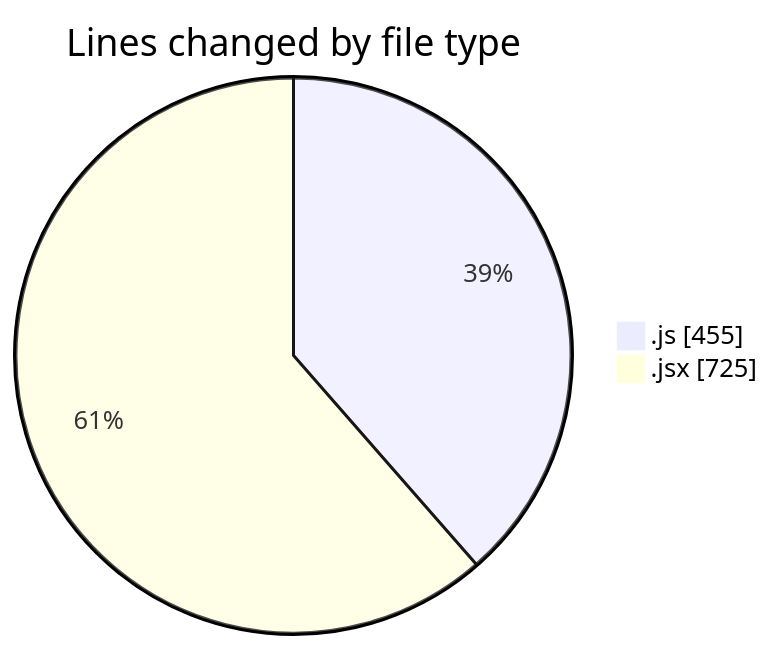
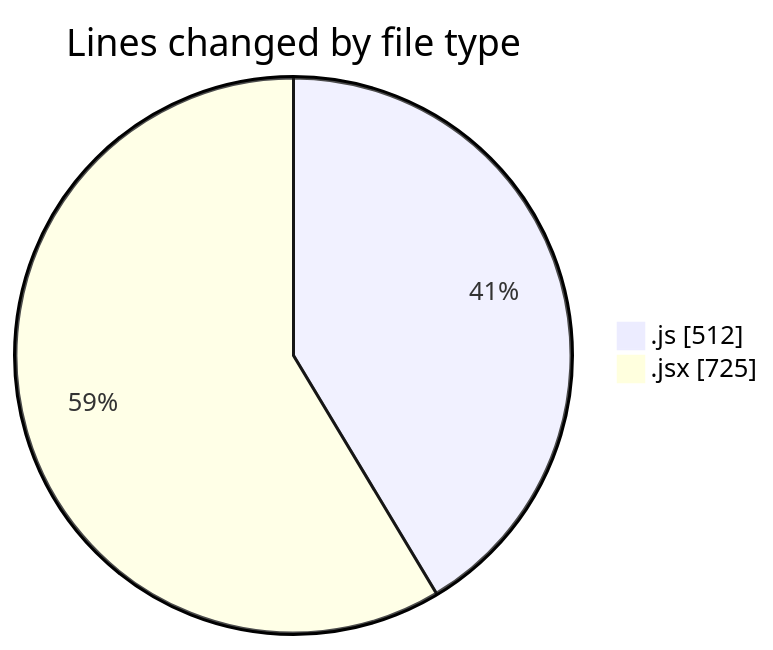
Before and after one commit to nxtqubesakshisongat/code-tracking: the first of 2 diagrams in 2025-05-29/nxtqube_webapp/README.md, drawn with Mermaid. The commit also changed other lines of this file and 1 other file, not shown here.

````diff
--- a/2025-05-29/nxtqube_webapp/README.md
+++ b/2025-05-29/nxtqube_webapp/README.md
@@ -29,6 +30,6 @@
 ```mermaid
 pie showData
 title Lines changed by file type
-".js" : 455
+".js" : 512
 ".jsx" : 725
 ```
````
